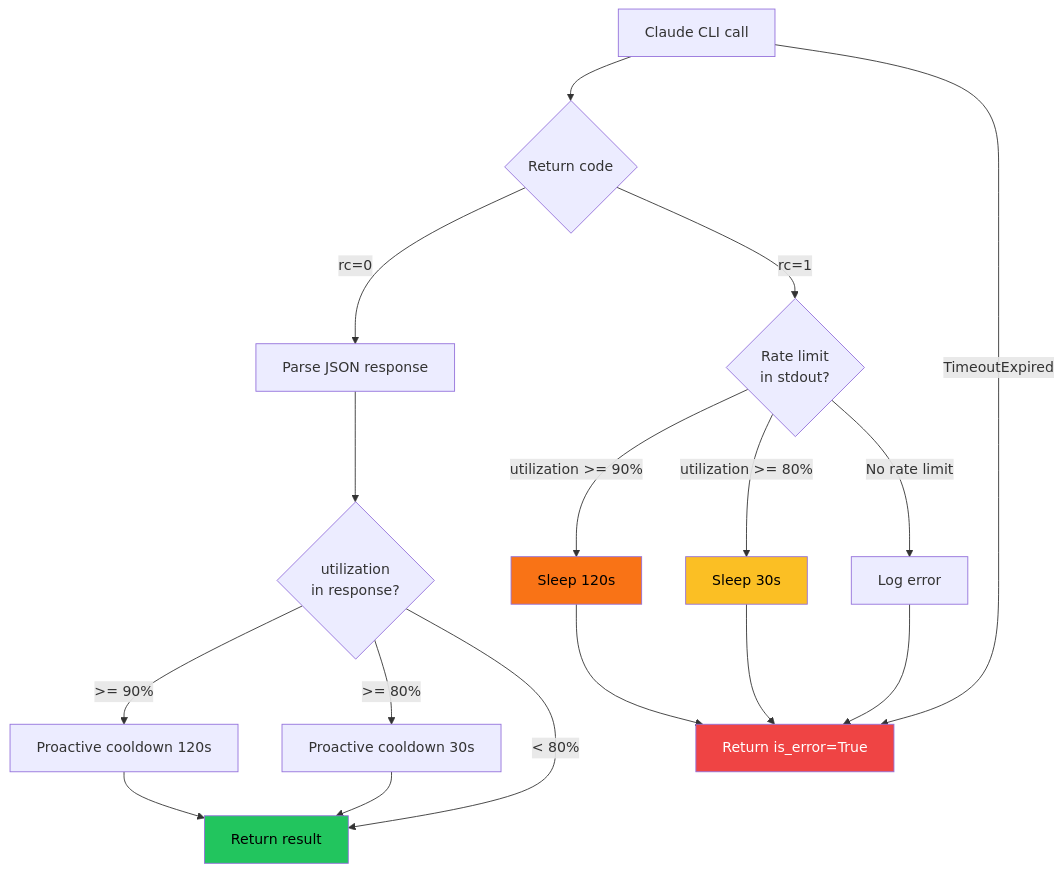
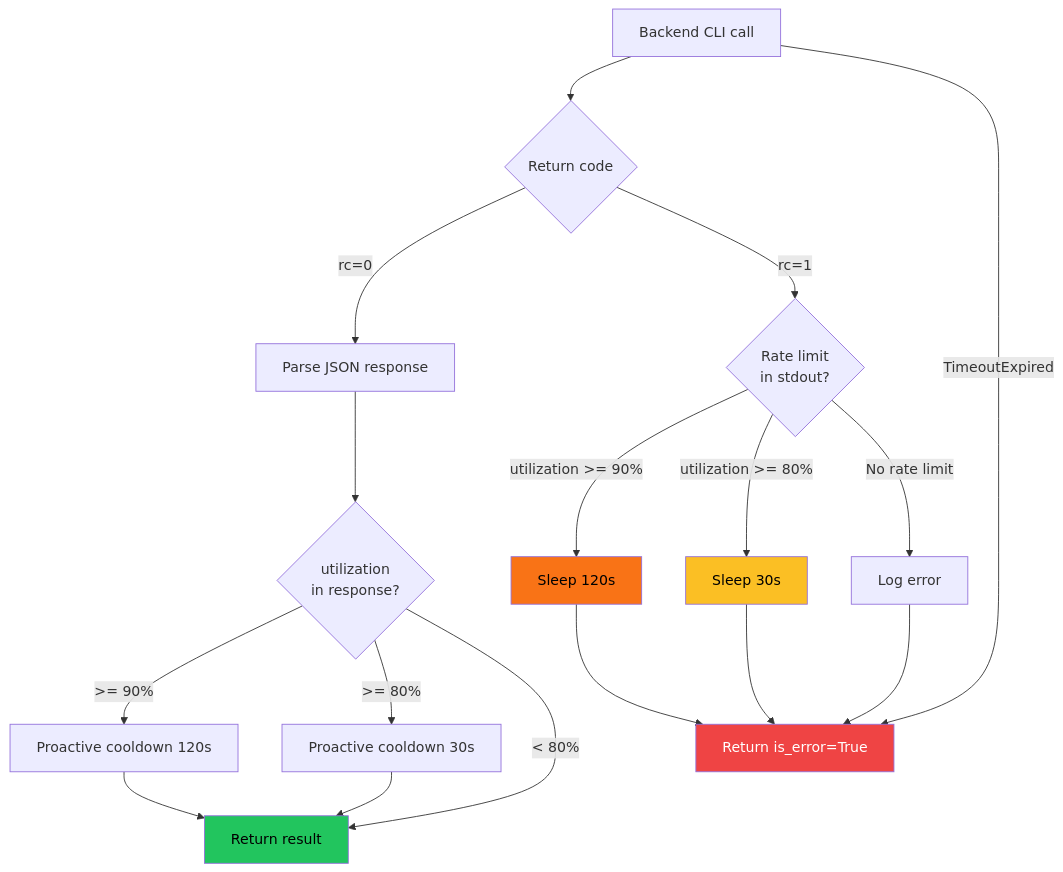
One commit to josefigueredo/auto-research changed the fourth of 4 diagrams in README.md. Above: the diagram before and after it, drawn with Mermaid. The commit also changed other lines of this file and 1 other file, not shown here.

First line of the commit message:
docs: add model reference per backend, update README for multi-backend

````diff
--- a/README.md
+++ b/README.md
@@ -260,28 +281,28 @@
 ```mermaid
 flowchart TD
-    CALL[Claude CLI call] --> RC{Return code}
+    CALL[Backend CLI call] --> RC{Return code}
     RC -->|rc=0| PARSE[Parse JSON response]
     RC -->|rc=1| CHECK_RL{Rate limit<br>in stdout?}
 
     CHECK_RL -->|utilization >= 90%| WAIT120[Sleep 120s]
     CHECK_RL -->|utilization >= 80%| WAIT30[Sleep 30s]
     CHECK_RL -->|No rate limit| LOG_ERR[Log error]
 
     WAIT120 --> RETURN_ERR[Return is_error=True]
     WAIT30 --> RETURN_ERR
     LOG_ERR --> RETURN_ERR
 
     PARSE --> CHECK_OK{utilization<br>in response?}
     CHECK_OK -->|>= 90%| COOL120[Proactive cooldown 120s]
     CHECK_OK -->|>= 80%| COOL30[Proactive cooldown 30s]
     CHECK_OK -->|< 80%| RETURN_OK[Return result]
     COOL120 --> RETURN_OK
     COOL30 --> RETURN_OK
 
     CALL -->|TimeoutExpired| RETURN_ERR
 
     style WAIT120 fill:#f97316,color:#000
     style WAIT30 fill:#fbbf24,color:#000
     style RETURN_ERR fill:#ef4444,color:#fff
     style RETURN_OK fill:#22c55e,color:#000
 ```
````
